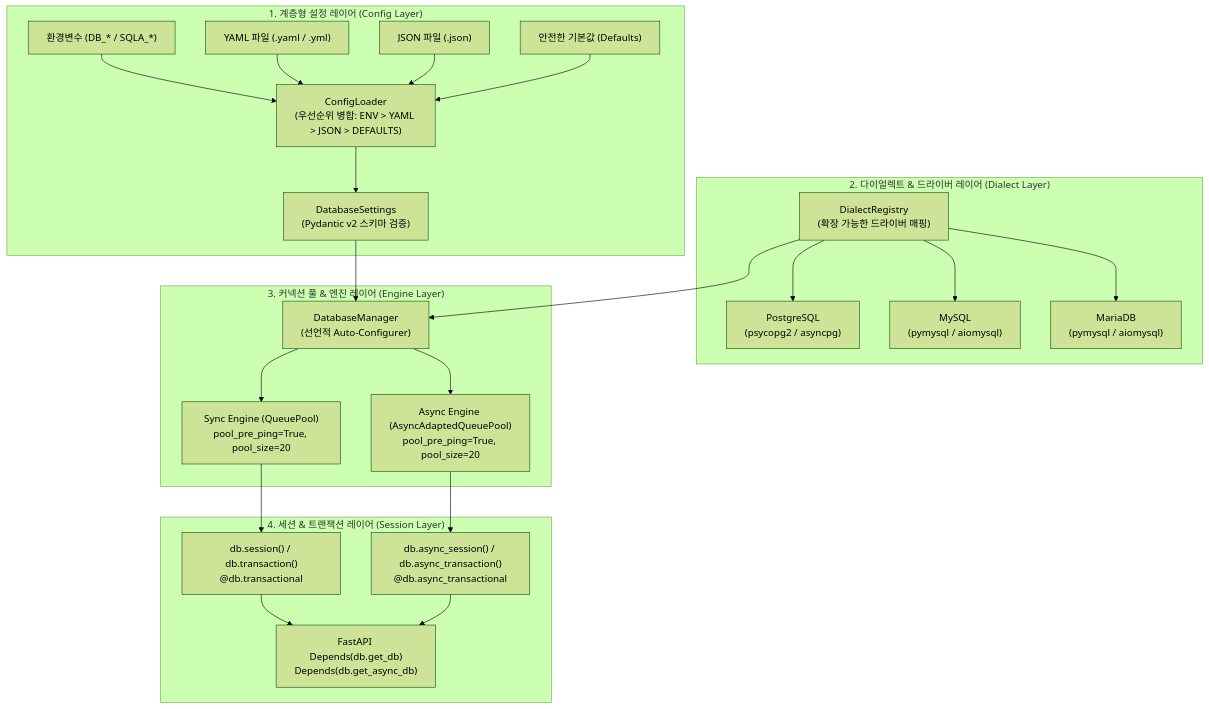
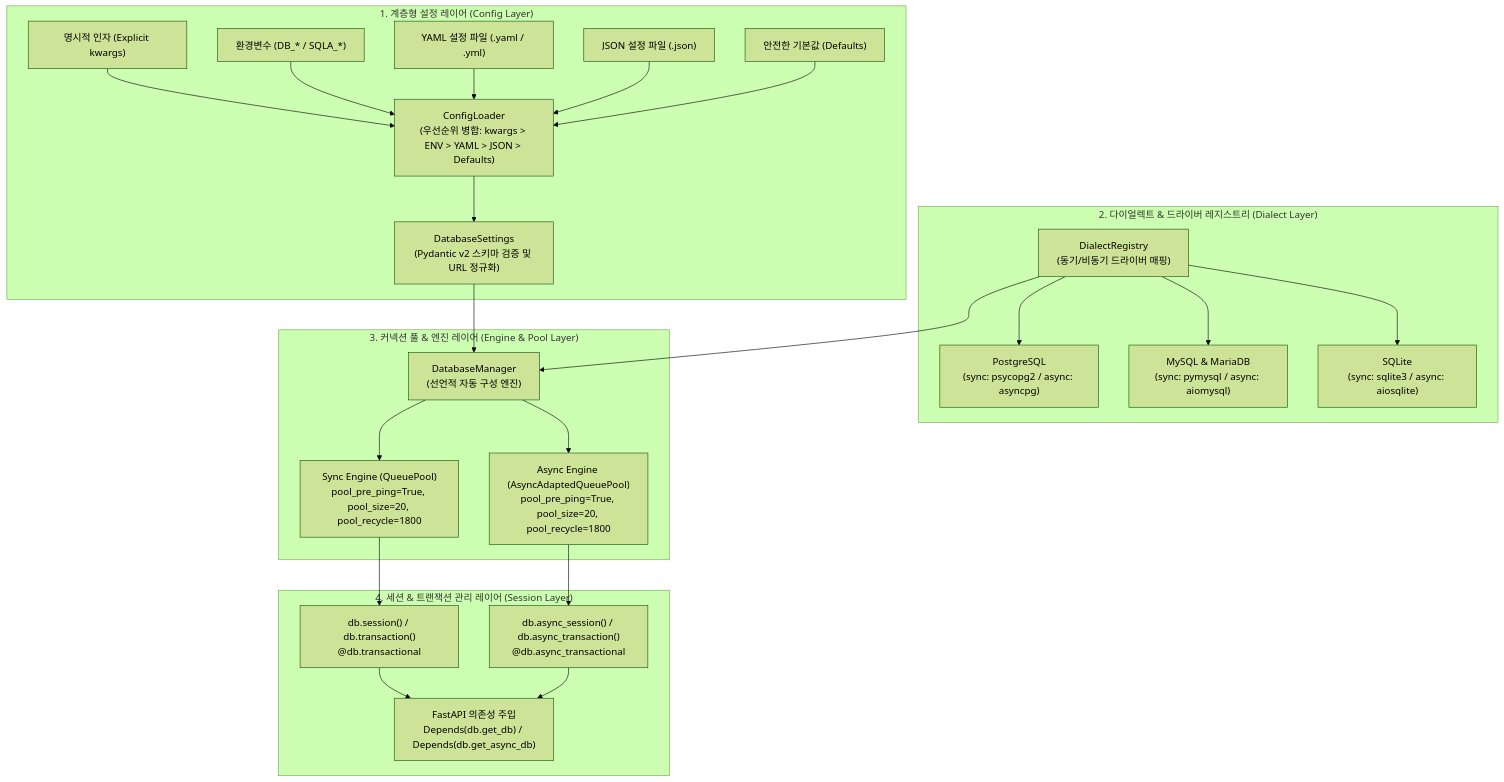
Before and after one commit to ozplayground/python-package: the diagram in sqla-autoconfig/docs/fullstack-architect/01_ARCHITECTURE_ADR.md, drawn with Mermaid (forest theme). The commit also changed other lines of this file and 53 other files, not shown here.

````diff
--- a/sqla-autoconfig/docs/fullstack-architect/01_ARCHITECTURE_ADR.md
+++ b/sqla-autoconfig/docs/fullstack-architect/01_ARCHITECTURE_ADR.md
@@ -36,46 +45,52 @@
 ```mermaid
 flowchart TD
     subgraph ConfigLayer ["1. 계층형 설정 레이어 (Config Layer)"]
+        KWARGS["명시적 인자 (Explicit kwargs)"]
         ENV["환경변수 (DB_* / SQLA_*)"]
-        YAML["YAML 파일 (.yaml / .yml)"]
-        JSON["JSON 파일 (.json)"]
+        YAML["YAML 설정 파일 (.yaml / .yml)"]
+        JSON["JSON 설정 파일 (.json)"]
         DEFAULTS["안전한 기본값 (Defaults)"]
-        LOADER["ConfigLoader<br/>(우선순위 병합: ENV > YAML > JSON > DEFAULTS)"]
-        SCHEMA["DatabaseSettings<br/>(Pydantic v2 스키마 검증)"]
+        LOADER["ConfigLoader<br/>(우선순위 병합: kwargs > ENV > YAML > JSON > Defaults)"]
+        SCHEMA["DatabaseSettings<br/>(Pydantic v2 스키마 검증 및 URL 정규화)"]
+
+        KWARGS --> LOADER
         ENV --> LOADER
         YAML --> LOADER
         JSON --> LOADER
         DEFAULTS --> LOADER
         LOADER --> SCHEMA
     end
 
-    subgraph DialectLayer ["2. 다이얼렉트 & 드라이버 레이어 (Dialect Layer)"]
-        REGISTRY["DialectRegistry<br/>(확장 가능한 드라이버 매핑)"]
-        PG["PostgreSQL<br/>(psycopg2 / asyncpg)"]
-        MY["MySQL<br/>(pymysql / aiomysql)"]
-        MA["MariaDB<br/>(pymysql / aiomysql)"]
+    subgraph DialectLayer ["2. 다이얼렉트 & 드라이버 레지스트리 (Dialect Layer)"]
+        REGISTRY["DialectRegistry<br/>(동기/비동기 드라이버 매핑)"]
+        PG["PostgreSQL<br/>(sync: psycopg2 / async: asyncpg)"]
+        MY["MySQL & MariaDB<br/>(sync: pymysql / async: aiomysql)"]
+        SQLITE["SQLite<br/>(sync: sqlite3 / async: aiosqlite)"]
+
         REGISTRY --> PG
         REGISTRY --> MY
-        REGISTRY --> MA
+        REGISTRY --> SQLITE
     end
 
-    subgraph EngineLayer ["3. 커넥션 풀 & 엔진 레이어 (Engine Layer)"]
-        DBM["DatabaseManager<br/>(선언적 Auto-Configurer)"]
-        SYNC_ENG["Sync Engine (QueuePool)<br/>pool_pre_ping=True, pool_size=20"]
-        ASYNC_ENG["Async Engine (AsyncAdaptedQueuePool)<br/>pool_pre_ping=True, pool_size=20"]
+    subgraph EngineLayer ["3. 커넥션 풀 & 엔진 레이어 (Engine & Pool Layer)"]
+        DBM["DatabaseManager<br/>(선언적 자동 구성 엔진)"]
+        SYNC_ENG["Sync Engine (QueuePool)<br/>pool_pre_ping=True, pool_size=20, pool_recycle=1800"]
+        ASYNC_ENG["Async Engine (AsyncAdaptedQueuePool)<br/>pool_pre_ping=True, pool_size=20, pool_recycle=1800"]
+
         SCHEMA --> DBM
         REGISTRY --> DBM
         DBM --> SYNC_ENG
         DBM --> ASYNC_ENG
     end
 
-    subgraph SessionLayer ["4. 세션 & 트랜잭션 레이어 (Session Layer)"]
+    subgraph SessionLayer ["4. 세션 & 트랜잭션 관리 레이어 (Session Layer)"]
         SYNC_SESS["db.session() / db.transaction()<br/>@db.transactional"]
         ASYNC_SESS["db.async_session() / db.async_transaction()<br/>@db.async_transactional"]
-        FASTAPI["FastAPI Depends(db.get_db)<br/>Depends(db.get_async_db)"]
+        FASTAPI["FastAPI 의존성 주입<br/>Depends(db.get_db) / Depends(db.get_async_db)"]
+
         SYNC_ENG --> SYNC_SESS
         ASYNC_ENG --> ASYNC_SESS
         SYNC_SESS --> FASTAPI
         ASYNC_SESS --> FASTAPI
     end
 ```
````
